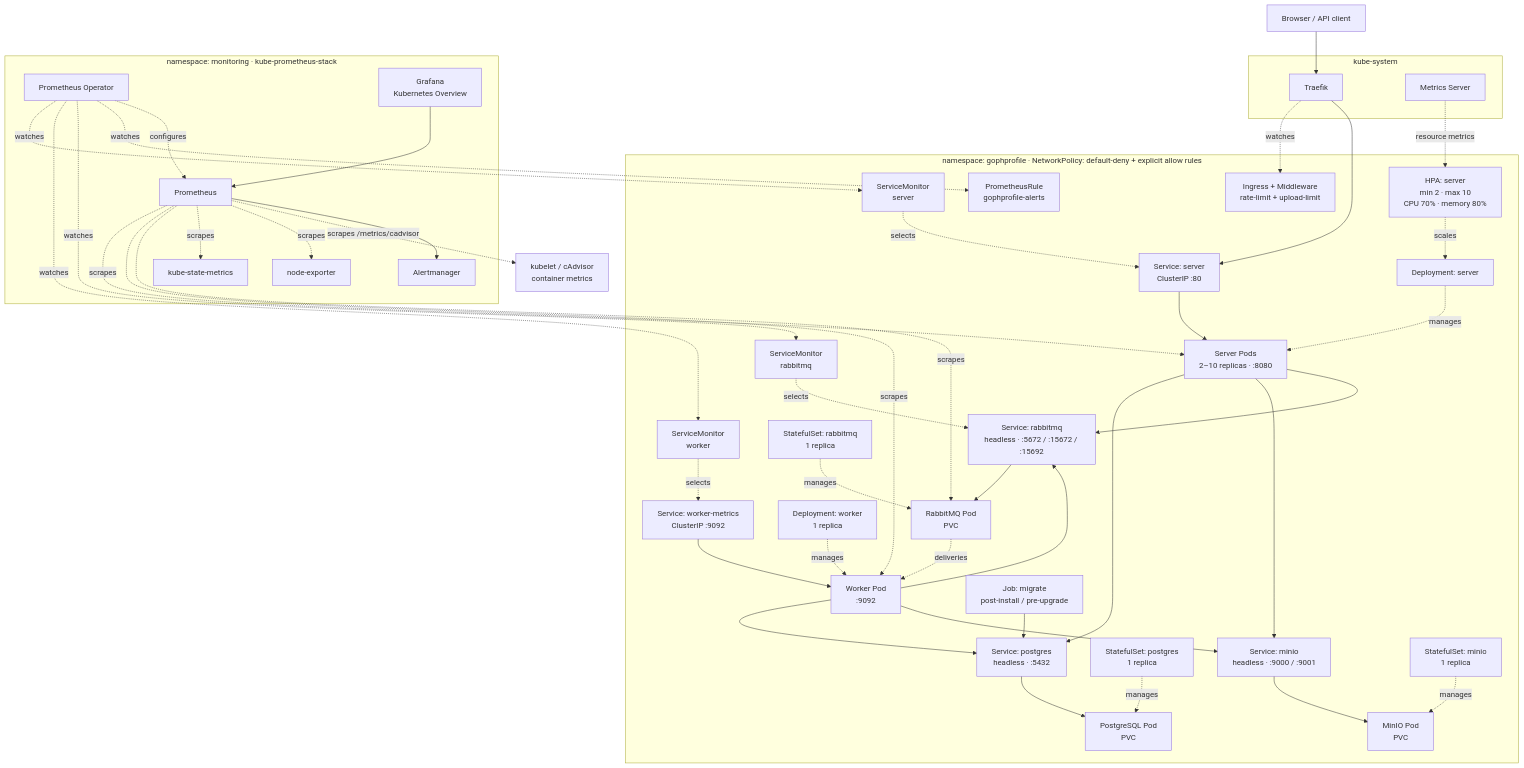
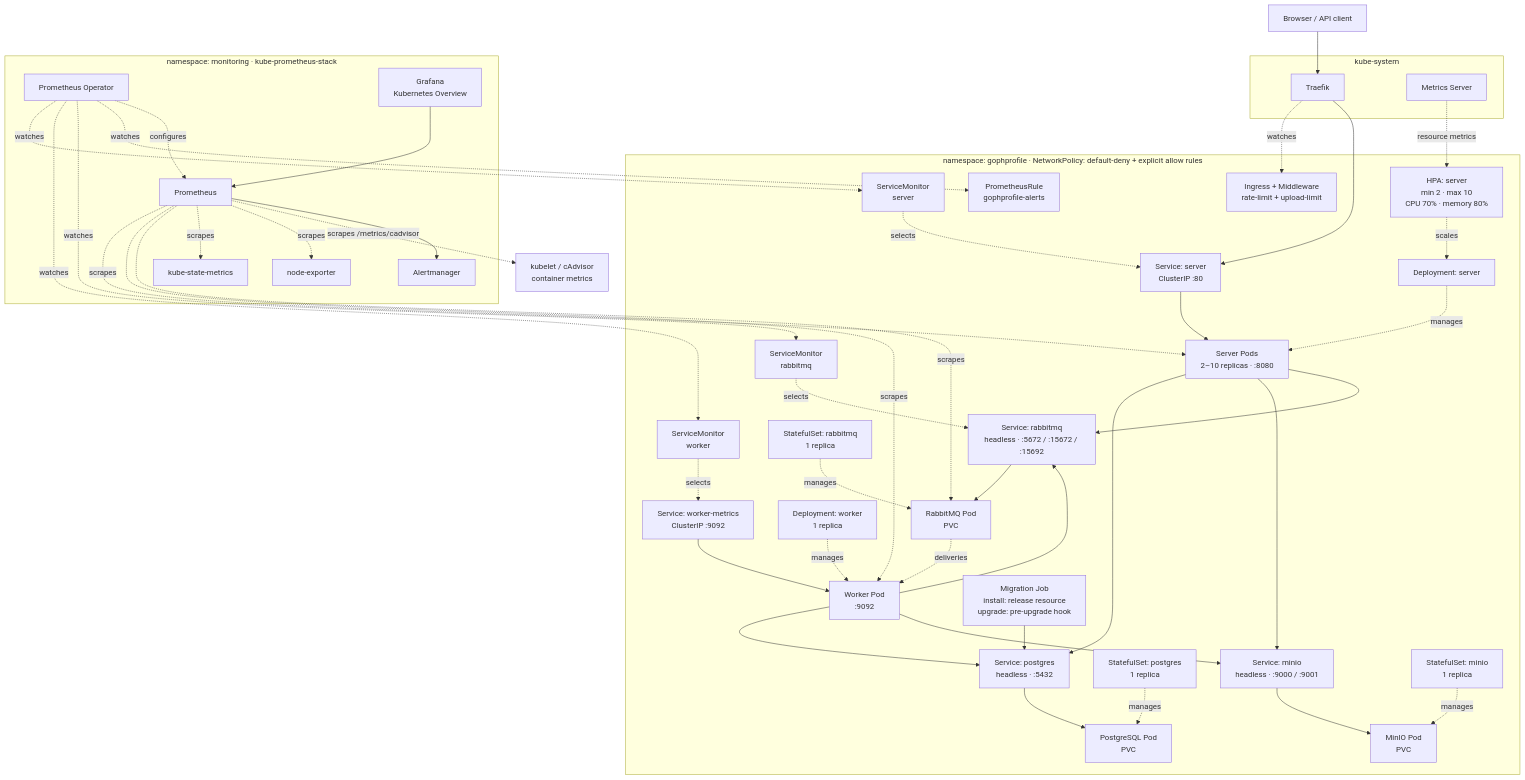
Before and after one commit to xhrobj/gophprofile: the second of 2 diagrams in README.md, drawn with Mermaid. The commit also changed other lines of this file, not shown here.

```diff
--- a/README.md
+++ b/README.md
@@ -320,7 +320,7 @@
         workerDeployment["Deployment: worker<br/>1 replica"]
         workerPod["Worker Pod<br/>:9092"]
 
-        migrate["Job: migrate<br/>post-install / pre-upgrade"]
+        migrate["Migration Job<br/>install: release resource<br/>upgrade: pre-upgrade hook"]
 
         postgresSvc["Service: postgres<br/>headless · :5432"]
         postgresSet["StatefulSet: postgres<br/>1 replica"]
```
